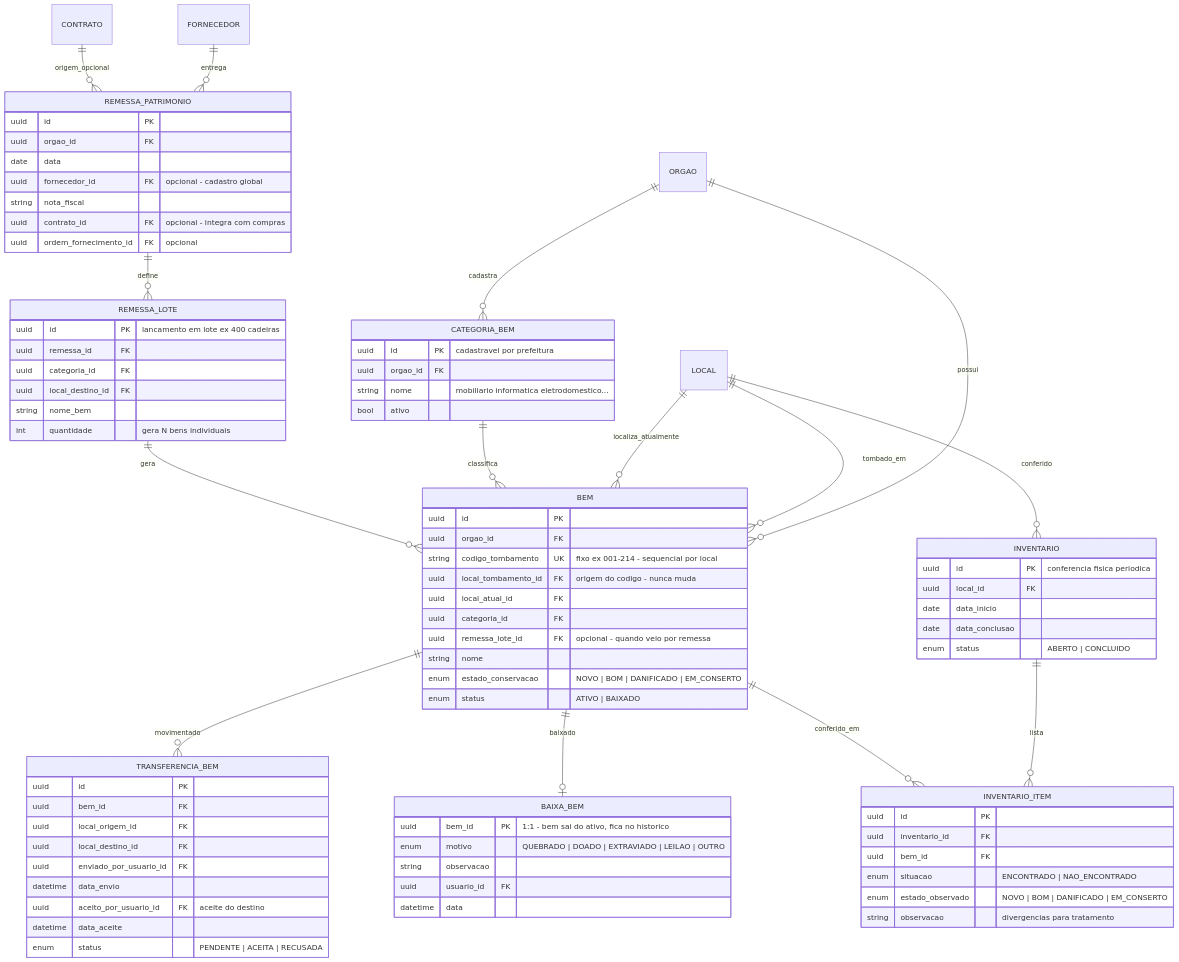
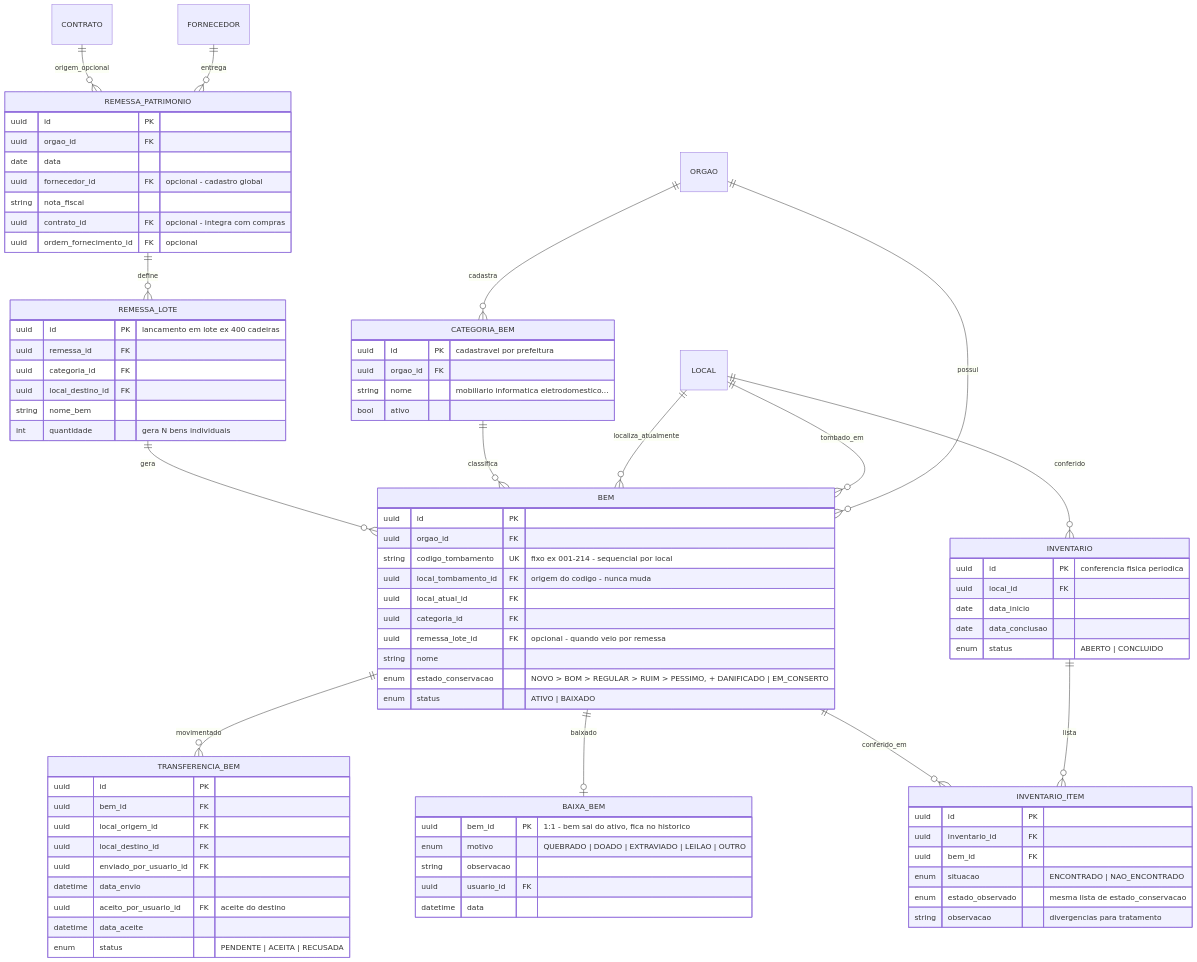
The diagram in docs/uml-patrimonio.mermaid (cairesdev/procedimentos-administrativos), drawn with Mermaid before and after one commit. The commit also changed 18 other files, not shown here.

```diff
--- a/docs/uml-patrimonio.mermaid
+++ b/docs/uml-patrimonio.mermaid
@@ -1,90 +1,90 @@
 erDiagram
     %% ============ MODULO CONTROLE DE PATRIMONIO ============
     %% Codigo de tombamento fixo desde a origem: <codigo_local>-<sequencial_por_local> (ex 001-214)
     %% Local atual e campo separado, com historico via transferencias
     %% Transferencia exige aceite do local de destino
     %% LOCAL e cadastro compartilhado (ver uml-entidades.mermaid)
 
     ORGAO ||--o{ CATEGORIA_BEM : cadastra
     ORGAO ||--o{ BEM : possui
     LOCAL ||--o{ BEM : tombado_em
     LOCAL ||--o{ BEM : localiza_atualmente
     CATEGORIA_BEM ||--o{ BEM : classifica
     REMESSA_PATRIMONIO ||--o{ REMESSA_LOTE : define
     REMESSA_LOTE ||--o{ BEM : gera
     FORNECEDOR ||--o{ REMESSA_PATRIMONIO : entrega
     CONTRATO ||--o{ REMESSA_PATRIMONIO : origem_opcional
     BEM ||--o{ TRANSFERENCIA_BEM : movimentado
     BEM ||--o| BAIXA_BEM : baixado
     LOCAL ||--o{ INVENTARIO : conferido
     INVENTARIO ||--o{ INVENTARIO_ITEM : lista
     BEM ||--o{ INVENTARIO_ITEM : conferido_em
 
     CATEGORIA_BEM {
         uuid id PK "cadastravel por prefeitura"
         uuid orgao_id FK
         string nome "mobiliario informatica eletrodomestico..."
         bool ativo
     }
     BEM {
         uuid id PK
         uuid orgao_id FK
         string codigo_tombamento UK "fixo ex 001-214 - sequencial por local"
         uuid local_tombamento_id FK "origem do codigo - nunca muda"
         uuid local_atual_id FK
         uuid categoria_id FK
         uuid remessa_lote_id FK "opcional - quando veio por remessa"
         string nome
-        enum estado_conservacao "NOVO | BOM | DANIFICADO | EM_CONSERTO"
+        enum estado_conservacao "NOVO > BOM > REGULAR > RUIM > PESSIMO, + DANIFICADO | EM_CONSERTO"
         enum status "ATIVO | BAIXADO"
     }
     REMESSA_PATRIMONIO {
         uuid id PK
         uuid orgao_id FK
         date data
         uuid fornecedor_id FK "opcional - cadastro global"
         string nota_fiscal
         uuid contrato_id FK "opcional - integra com compras"
         uuid ordem_fornecimento_id FK "opcional"
     }
     REMESSA_LOTE {
         uuid id PK "lancamento em lote ex 400 cadeiras"
         uuid remessa_id FK
         uuid categoria_id FK
         uuid local_destino_id FK
         string nome_bem
         int quantidade "gera N bens individuais"
     }
     TRANSFERENCIA_BEM {
         uuid id PK
         uuid bem_id FK
         uuid local_origem_id FK
         uuid local_destino_id FK
         uuid enviado_por_usuario_id FK
         datetime data_envio
         uuid aceito_por_usuario_id FK "aceite do destino"
         datetime data_aceite
         enum status "PENDENTE | ACEITA | RECUSADA"
     }
     BAIXA_BEM {
         uuid bem_id PK "1:1 - bem sai do ativo, fica no historico"
         enum motivo "QUEBRADO | DOADO | EXTRAVIADO | LEILAO | OUTRO"
         string observacao
         uuid usuario_id FK
         datetime data
     }
     INVENTARIO {
         uuid id PK "conferencia fisica periodica"
         uuid local_id FK
         date data_inicio
         date data_conclusao
         enum status "ABERTO | CONCLUIDO"
     }
     INVENTARIO_ITEM {
         uuid id PK
         uuid inventario_id FK
         uuid bem_id FK
         enum situacao "ENCONTRADO | NAO_ENCONTRADO"
-        enum estado_observado "NOVO | BOM | DANIFICADO | EM_CONSERTO"
+        enum estado_observado "mesma lista de estado_conservacao"
         string observacao "divergencias para tratamento"
     }
```
